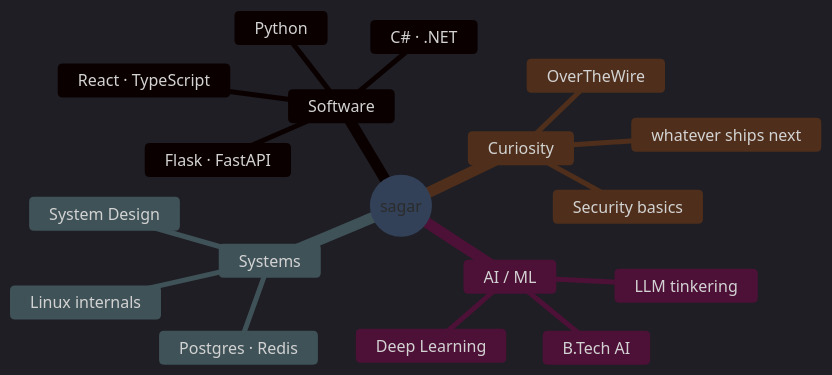
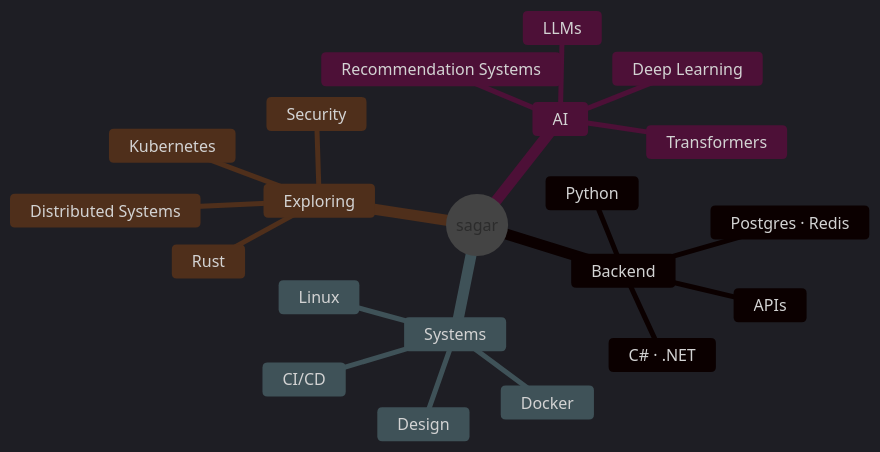
Before and after one commit to GodSagar007/GodSagar007: the diagram in README.md, drawn with Mermaid. The commit also changed other lines of this file, not shown here.

````diff
--- a/README.md
+++ b/README.md
@@ -51,22 +87,32 @@
 ```mermaid
-%%{init: {'theme':'dark', 'themeVariables': {'primaryColor':'#1a0b2e','primaryTextColor':'#05d9e8','primaryBorderColor':'#ff2a6d','lineColor':'#ff2a6d','secondaryColor':'#0d1117','tertiaryColor':'#16213e'}}}%%
+%%{init: {'theme':'dark','themeVariables':{
+'primaryColor':'#1a1a1a',
+'primaryTextColor':'#f7d354',
+'primaryBorderColor':'#f7d354',
+'lineColor':'#f7d354',
+'secondaryColor':'#111111',
+'tertiaryColor':'#1f1f1f'
+}}}%%
 mindmap
   root((sagar))
-    Software
+    Backend
       Python
       C# · .NET
-      React · TypeScript
-      Flask · FastAPI
-    AI / ML
-      B.Tech AI
+      APIs
+      Postgres · Redis
+    AI
       Deep Learning
-      LLM tinkering
+      LLMs
+      Recommendation Systems
+      Transformers
     Systems
-      Linux internals
-      System Design
-      Postgres · Redis
-    Curiosity
-      Security basics
-      OverTheWire
-      whatever ships next
+      Linux
+      Docker
+      CI/CD
+      Design
+    Exploring
+      Rust
+      Security
+      Kubernetes
+      Distributed Systems
 ```
````
